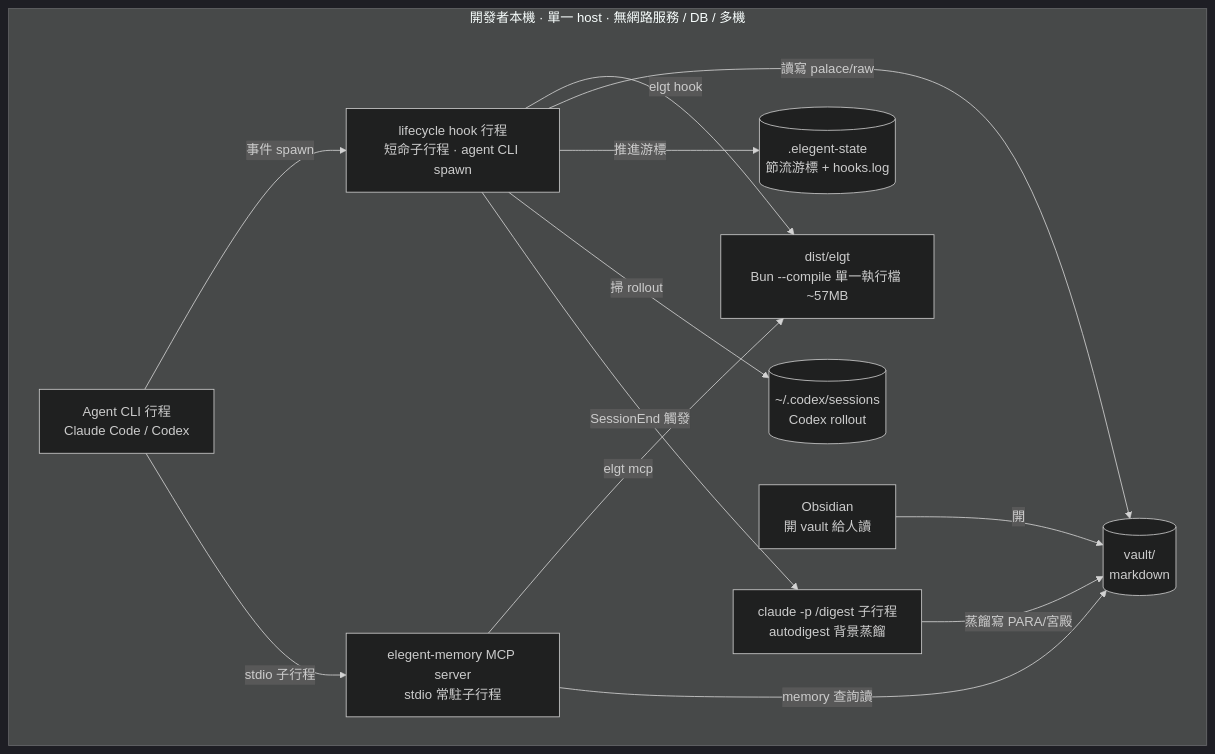
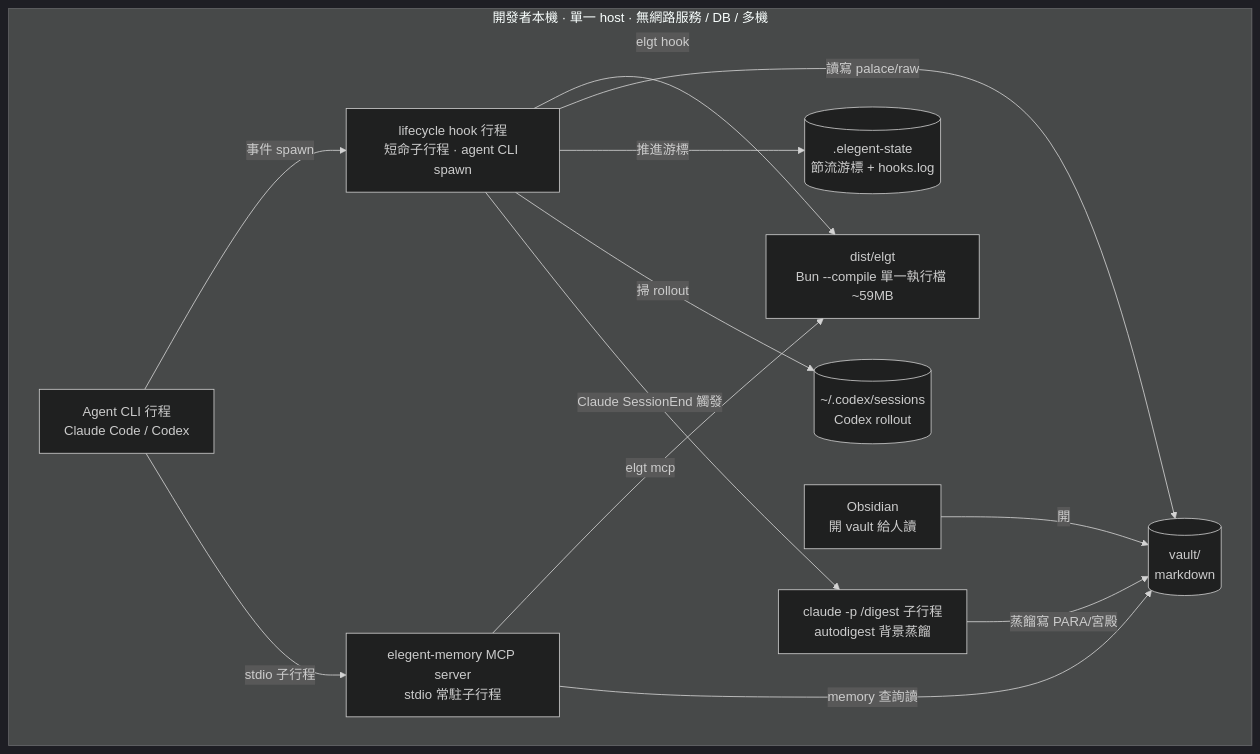
Before and after one commit to neokn/elegent: the fourth of 5 diagrams in docs/architecture/4plus1.md, drawn with Mermaid (dark theme). The commit also changed other lines of this file and 4 other files, not shown here.

````diff
--- a/docs/architecture/4plus1.md
+++ b/docs/architecture/4plus1.md
@@ -186,26 +192,26 @@
 ```mermaid
 flowchart TB
     subgraph host["開發者本機 · 單一 host · 無網路服務 / DB / 多機"]
         agentcli["Agent CLI 行程<br/>Claude Code / Codex"]
-        bin["dist/elgt<br/>Bun --compile 單一執行檔 ~57MB"]
+        bin["dist/elgt<br/>Bun --compile 單一執行檔 ~59MB"]
         hookproc["lifecycle hook 行程<br/>短命子行程 · agent CLI spawn"]
         mcpproc["elegent-memory MCP server<br/>stdio 常駐子行程"]
         digestproc["claude -p /digest 子行程<br/>autodigest 背景蒸餾"]
         obsidian["Obsidian<br/>開 vault 給人讀"]
         vault[("vault/<br/>markdown")]
         state[(".elegent-state<br/>節流游標 + hooks.log")]
         codexsess[("~/.codex/sessions<br/>Codex rollout")]
     end
 
     agentcli -->|事件 spawn| hookproc
     agentcli -->|stdio 子行程| mcpproc
     hookproc -->|elgt hook| bin
     mcpproc -->|elgt mcp| bin
     hookproc -->|讀寫 palace/raw| vault
     hookproc -->|推進游標| state
     hookproc -->|掃 rollout| codexsess
-    hookproc -->|SessionEnd 觸發| digestproc
+    hookproc -->|Claude SessionEnd 觸發| digestproc
     mcpproc -->|memory 查詢讀| vault
     digestproc -->|蒸餾寫 PARA/宮殿| vault
     obsidian -->|開| vault
 ```
````
